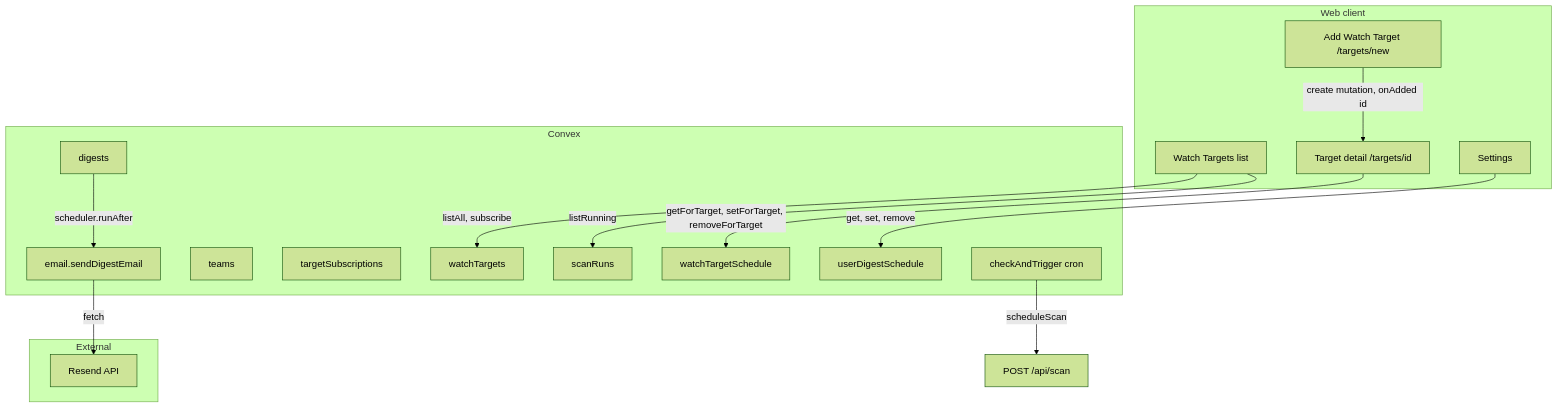
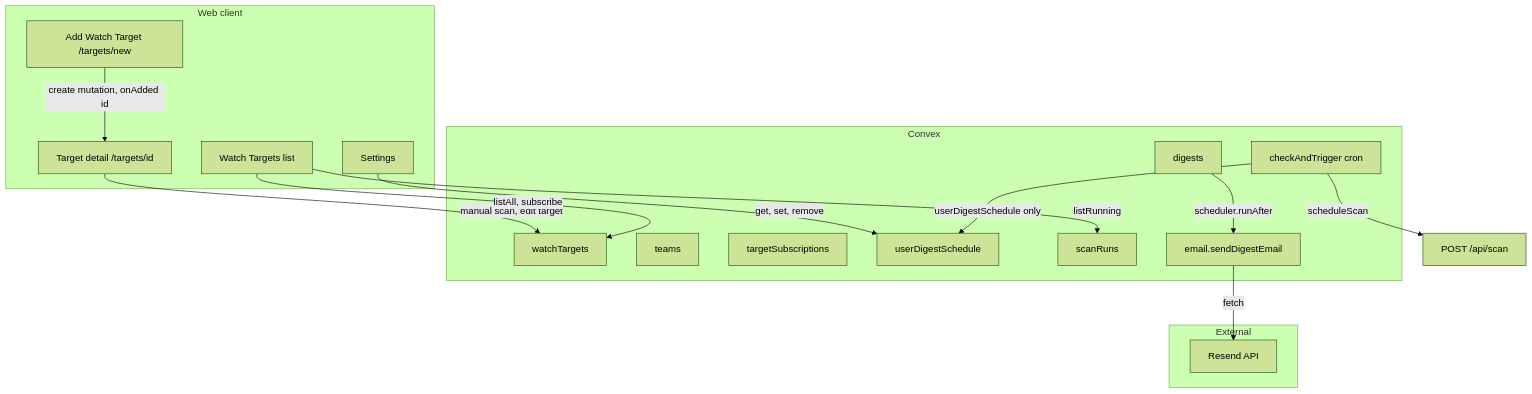
Before and after one commit to nll-ai/compass: the diagram in docs/HLD.md, drawn with Mermaid (forest theme). The commit also changed other lines of this file and 33 other files, not shown here.

First line of the commit message:
Teams: email invites, rename; fix watchTargets listAll union; docs & build

````diff
--- a/docs/HLD.md
+++ b/docs/HLD.md
@@ -100,34 +102,34 @@
 ```mermaid
 flowchart TB
   subgraph client [Web client]
     TargetsPage[Watch Targets list]
     NewTarget[Add Watch Target /targets/new]
     TargetDetail[Target detail /targets/id]
     Settings[Settings]
   end
 
   subgraph convex [Convex]
     WT[watchTargets]
     Teams[teams]
     Subs[targetSubscriptions]
     UDS[userDigestSchedule]
-    WTS[watchTargetSchedule]
     scanRuns[scanRuns]
     Digests[digests]
     EmailAction[email.sendDigestEmail]
     Cron[checkAndTrigger cron]
   end
 
   subgraph external [External]
     Resend[Resend API]
   end
 
   NewTarget -->|create mutation, onAdded id| TargetDetail
-  TargetDetail -->|getForTarget, setForTarget, removeForTarget| WTS
+  TargetDetail -->|manual scan, edit target| WT
   Settings -->|get, set, remove| UDS
   TargetsPage -->|listAll, subscribe| WT
-  TargetsPage -->|listRunning| scanRuns[scanRuns]
+  TargetsPage -->|listRunning| scanRuns
+  Cron -->|userDigestSchedule only| UDS
   Cron -->|scheduleScan| ScanAPI[POST /api/scan]
   Digests -->|scheduler.runAfter| EmailAction
   EmailAction -->|fetch| Resend
 ```
````
